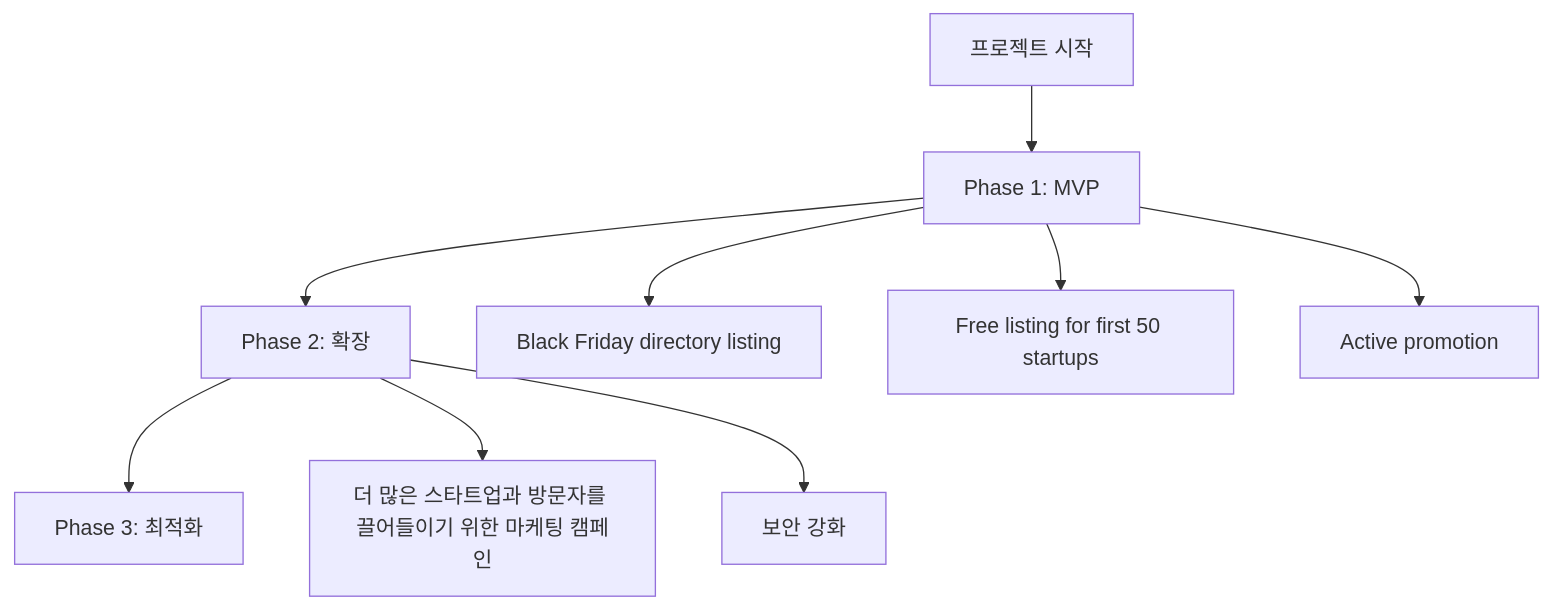
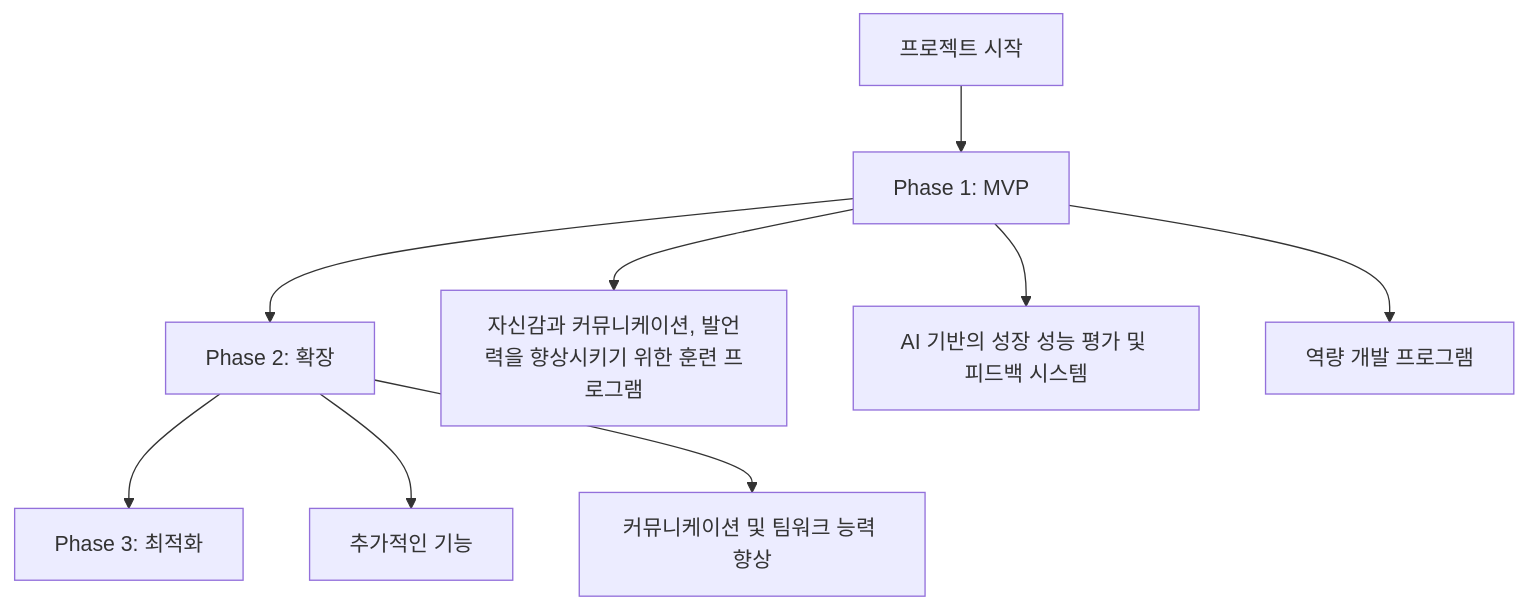
The first of 2 diagrams in prd_example.md (rmswo87/ideaspark), drawn with Mermaid before and after one commit. The commit also changed other lines of this file and 4 other files, not shown here.

````diff
--- a/prd_example.md
+++ b/prd_example.md
@@ -141,13 +126,13 @@
 ```mermaid
 graph TB
     A[프로젝트 시작] --> B[Phase 1: MVP]
     B --> C[Phase 2: 확장]
     C --> D[Phase 3: 최적화]
     
-    B --> B1[Black Friday directory listing]
-    B --> B2[Free listing for first 50 startups]
-    B --> B3[Active promotion]
+    B --> B1[ 자신감과 커뮤니케이션, 발언력을 향상시키기 위한 훈련 프로그램]
+    B --> B2[AI 기반의 성장 성능 평가 및 피드백 시스템]
+    B --> B3[역량 개발 프로그램]
     
-    C --> C1[더 많은 스타트업과 방문자를 끌어들이기 위한 마케팅 캠페인]
-    C --> C2[보안 강화]
+    C --> C1[ 추가적인 기능]
+    C --> C2[커뮤니케이션 및 팀워크 능력 향상]
 ```
````
